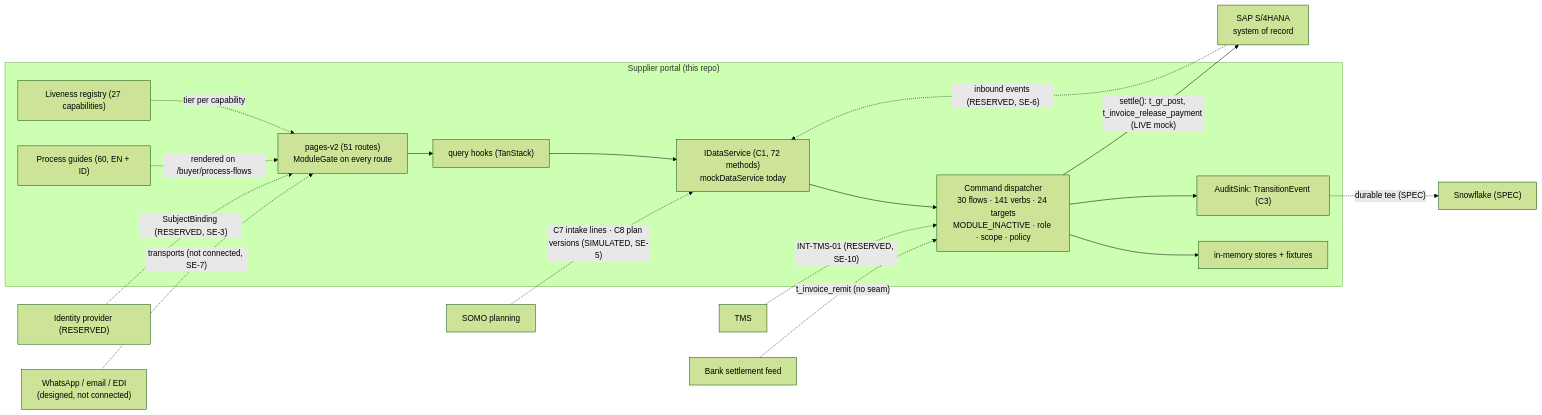
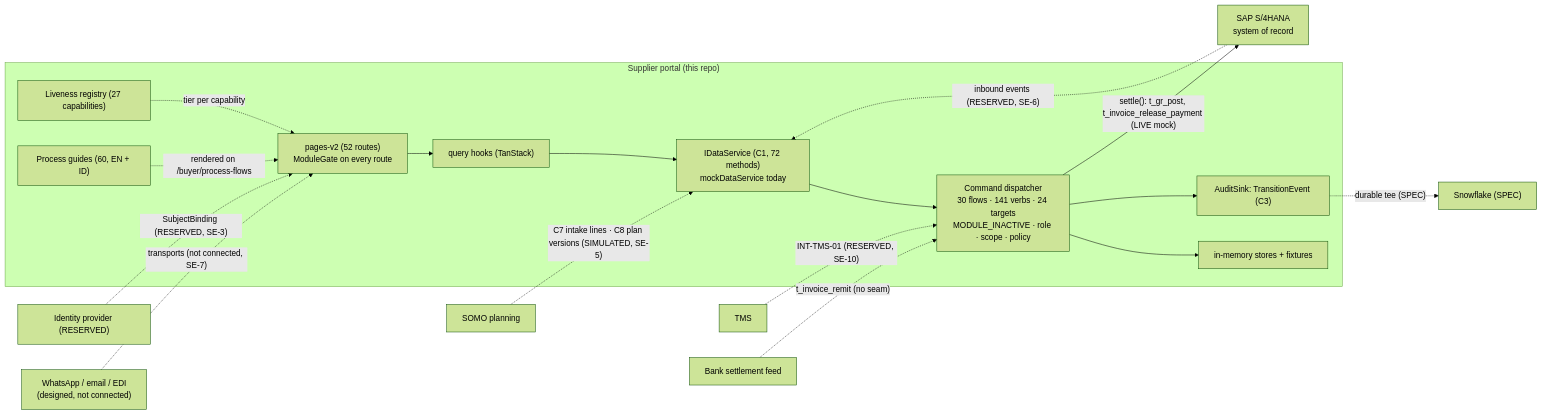
Before and after one commit to jcalderabarboza-star/paragon-supplier-portal: the diagram in docs/handover/D3_ARCHITECTURE.md, drawn with Mermaid (forest theme). The commit also changed 103 other files, not shown here.

````diff
--- a/docs/handover/D3_ARCHITECTURE.md
+++ b/docs/handover/D3_ARCHITECTURE.md
@@ -26,34 +26,34 @@
 ```mermaid
 flowchart LR
   subgraph Portal["Supplier portal (this repo)"]
-    UI["pages-v2 (51 routes)\nModuleGate on every route"]
+    UI["pages-v2 (52 routes)\nModuleGate on every route"]
     Q["query hooks (TanStack)"]
     DS["IDataService (C1, 72 methods)\nmockDataService today"]
     CMD["Command dispatcher\n30 flows · 141 verbs · 24 targets\nMODULE_INACTIVE · role · scope · policy"]
     ST["in-memory stores + fixtures"]
     EV["AuditSink: TransitionEvent (C3)"]
     LR["Liveness registry (27 capabilities)"]
     GD["Process guides (60, EN + ID)"]
     UI --> Q --> DS --> CMD --> ST
     CMD --> EV
     LR -. tier per capability .-> UI
     GD -. rendered on /buyer/process-flows .-> UI
   end
 
   S4["SAP S/4HANA\nsystem of record"]
   SOMO["SOMO planning"]
   TMS["TMS"]
   SNOW["Snowflake (SPEC)"]
   IDP["Identity provider (RESERVED)"]
   MSG["WhatsApp / email / EDI\n(designed, not connected)"]
   BANK["Bank settlement feed"]
 
   CMD -- "settle(): t_gr_post, t_invoice_release_payment (LIVE mock)" --> S4
   S4 -. "inbound events (RESERVED, SE-6)" .-> DS
   SOMO -. "C7 intake lines · C8 plan versions (SIMULATED, SE-5)" .-> DS
   TMS -. "INT-TMS-01 (RESERVED, SE-10)" .-> CMD
   EV -. "durable tee (SPEC)" .-> SNOW
   IDP -. "SubjectBinding (RESERVED, SE-3)" .-> UI
   MSG -. "transports (not connected, SE-7)" .-> UI
   BANK -. "t_invoice_remit (no seam)" .-> CMD
 ```
````
